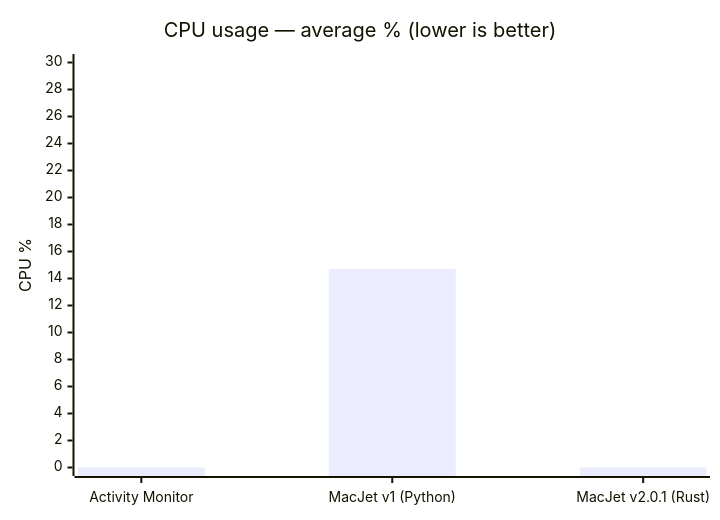
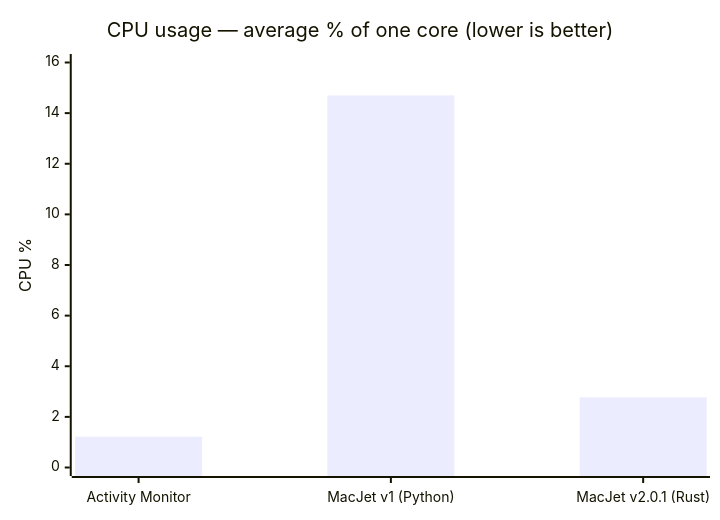
Before and after one commit to jeppsontaylor/MacJet: the diagram in README.md, drawn with Mermaid. The commit also changed other lines of this file and 27 other files, not shown here.

````diff
--- a/README.md
+++ b/README.md
@@ -87,7 +100,7 @@
 ```mermaid
 xychart-beta
-    title "CPU usage — average % (lower is better)"
+    title "CPU usage — average % of one core (lower is better)"
     x-axis ["Activity Monitor", "MacJet v1 (Python)", "MacJet v2.0.1 (Rust)"]
-    y-axis "CPU %" 0 --> 30
-    bar [0.0, 14.7, 0.0]
+    y-axis "CPU %" 0 --> 16
+    bar [1.22, 14.7, 2.77]
 ```
````
